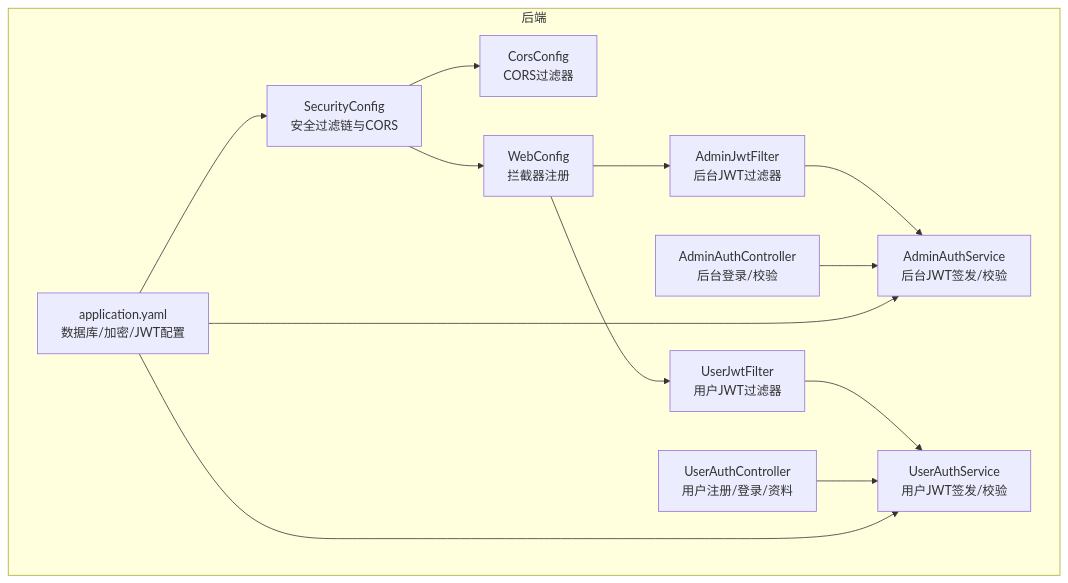
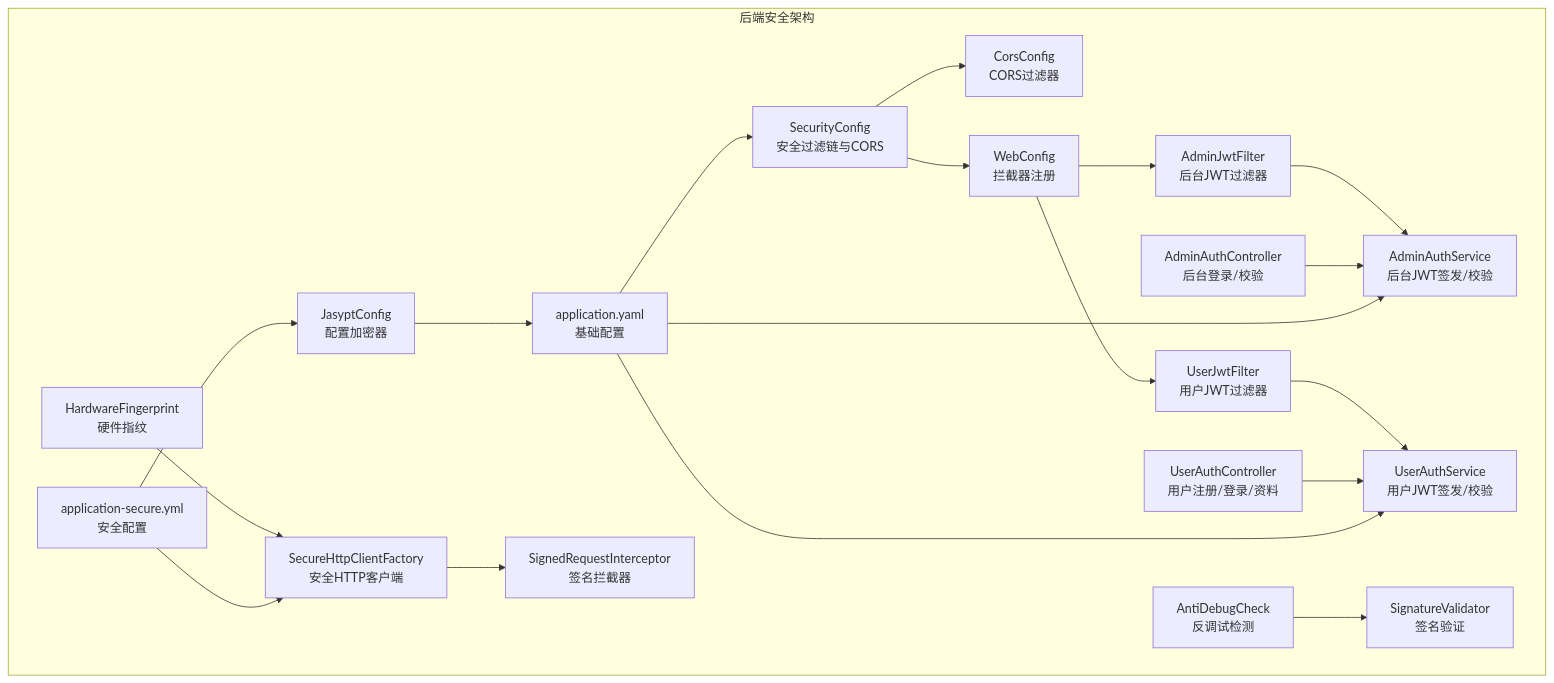
One commit to xulingfeng931027/get_jobs changed the first of 11 diagrams in .qoder/repowiki/zh/content/部署运维/安全运维.md. Above: the diagram before and after it, drawn with Mermaid. The commit also changed other lines of this file and 74 other files, not shown here.

````diff
--- a/.qoder/repowiki/zh/content/部署运维/安全运维.md
+++ b/.qoder/repowiki/zh/content/部署运维/安全运维.md
@@ -44,26 +64,39 @@
 ```mermaid
 graph TB
-subgraph "后端"
+subgraph "后端安全架构"
 SC["SecurityConfig<br/>安全过滤链与CORS"]
 CC["CorsConfig<br/>CORS过滤器"]
 WC["WebConfig<br/>拦截器注册"]
 AJF["AdminJwtFilter<br/>后台JWT过滤器"]
 UJF["UserJwtFilter<br/>用户JWT过滤器"]
 AAC["AdminAuthController<br/>后台登录/校验"]
 UAC["UserAuthController<br/>用户注册/登录/资料"]
 AAS["AdminAuthService<br/>后台JWT签发/校验"]
 UAS["UserAuthService<br/>用户JWT签发/校验"]
-YML["application.yaml<br/>数据库/加密/JWT配置"]
+JASYPT["JasyptConfig<br/>配置加密器"]
+SEC_HTTP["SecureHttpClientFactory<br/>安全HTTP客户端"]
+ANTIDBG["AntiDebugCheck<br/>反调试检测"]
+SIGVAL["SignatureValidator<br/>签名验证"]
+HWFP["HardwareFingerprint<br/>硬件指纹"]
+SIGNEDINT["SignedRequestInterceptor<br/>签名拦截器"]
+YML["application.yaml<br/>基础配置"]
+SEC_YML["application-secure.yml<br/>安全配置"]
 end
 SC --> CC
 SC --> WC
 WC --> AJF
 WC --> UJF
 AJF --> AAS
 UJF --> UAS
 AAC --> AAS
 UAC --> UAS
+JASYPT --> YML
+SEC_HTTP --> SIGNEDINT
+ANTIDBG --> SIGVAL
+HWFP --> SEC_HTTP
 YML --> SC
 YML --> AAS
 YML --> UAS
+SEC_YML --> JASYPT
+SEC_YML --> SEC_HTTP
 ```
````
